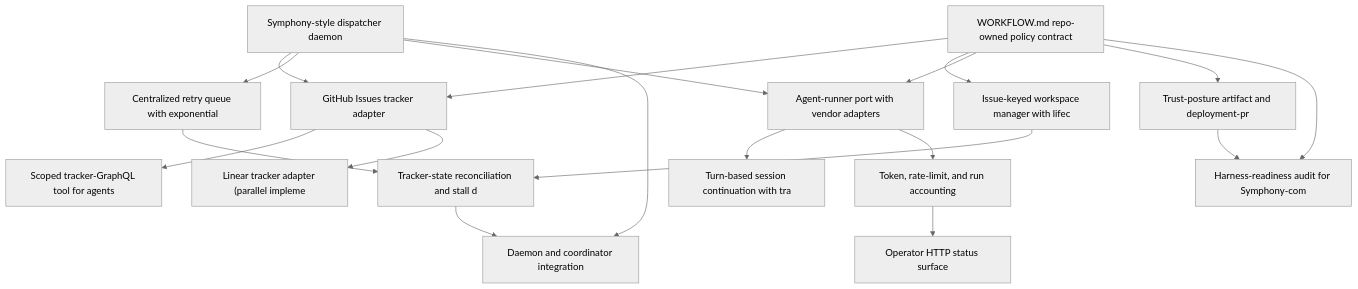
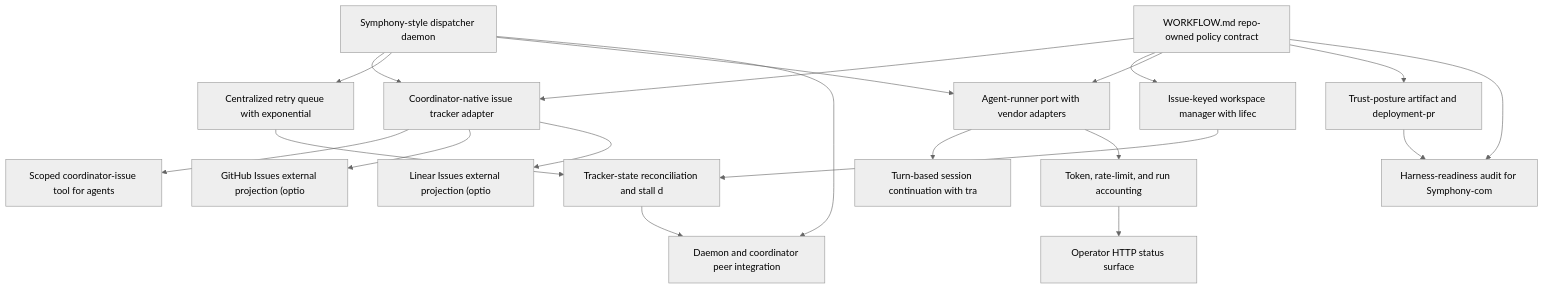
Before and after one commit to palbiren/agentic-coding-tools: the diagram in openspec/roadmaps/symphony/roadmap.md, drawn with Mermaid (neutral theme). The commit also changed other lines of this file and 2 other files, not shown here.

First line of the commit message:
docs(roadmap): make coordinator the canonical tracker

````diff
--- a/openspec/roadmaps/symphony/roadmap.md
+++ b/openspec/roadmaps/symphony/roadmap.md
@@ -32,36 +33,38 @@
 ```mermaid
 graph TD
     dispatcher-daemon["Symphony-style dispatcher daemon"]
     workflow-md-contract["WORKFLOW.md repo-owned policy contract"]
-    github-tracker-adapter["GitHub Issues tracker adapter"]
+    coordinator-tracker-adapter["Coordinator-native issue tracker adapter"]
     workspace-manager-hooks["Issue-keyed workspace manager with lifec"]
     retry-queue-backoff["Centralized retry queue with exponential"]
     agent-runner-port["Agent-runner port with vendor adapters"]
     turn-based-continuation["Turn-based session continuation with tra"]
     reconciliation-stall-detection["Tracker-state reconciliation and stall d"]
-    tracker-graphql-tool["Scoped tracker-GraphQL tool for agents"]
+    coordinator-issue-tool["Scoped coordinator-issue tool for agents"]
     token-ratelimit-accounting["Token, rate-limit, and run accounting"]
     operator-http-status-surface["Operator HTTP status surface"]
     trust-posture-binding["Trust-posture artifact and deployment-pr"]
-    coordinator-integration["Daemon and coordinator integration"]
-    linear-tracker-adapter["Linear tracker adapter (parallel impleme"]
+    coordinator-integration["Daemon and coordinator peer integration"]
+    github-tracker-adapter["GitHub Issues external projection (optio"]
+    linear-tracker-adapter["Linear Issues external projection (optio"]
     harness-readiness-audit["Harness-readiness audit for Symphony-com"]
-    dispatcher-daemon --> github-tracker-adapter
-    workflow-md-contract --> github-tracker-adapter
+    dispatcher-daemon --> coordinator-tracker-adapter
+    workflow-md-contract --> coordinator-tracker-adapter
     workflow-md-contract --> workspace-manager-hooks
     dispatcher-daemon --> retry-queue-backoff
     dispatcher-daemon --> agent-runner-port
     workflow-md-contract --> agent-runner-port
     agent-runner-port --> turn-based-continuation
     retry-queue-backoff --> reconciliation-stall-detection
     workspace-manager-hooks --> reconciliation-stall-detection
-    github-tracker-adapter --> tracker-graphql-tool
+    coordinator-tracker-adapter --> coordinator-issue-tool
     agent-runner-port --> token-ratelimit-accounting
     token-ratelimit-accounting --> operator-http-status-surface
     workflow-md-contract --> trust-posture-binding
     dispatcher-daemon --> coordinator-integration
     reconciliation-stall-detection --> coordinator-integration
-    github-tracker-adapter --> linear-tracker-adapter
+    coordinator-tracker-adapter --> github-tracker-adapter
+    coordinator-tracker-adapter --> linear-tracker-adapter
     workflow-md-contract --> harness-readiness-audit
     trust-posture-binding --> harness-readiness-audit
 ```
````
